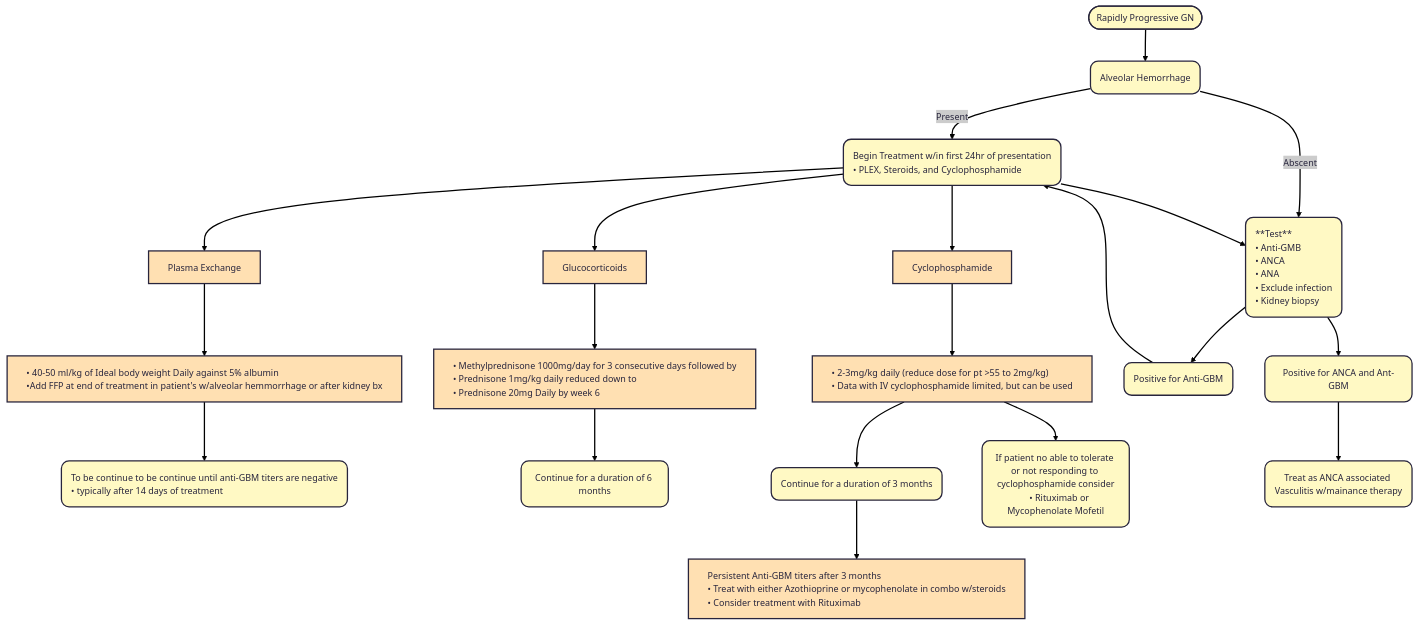
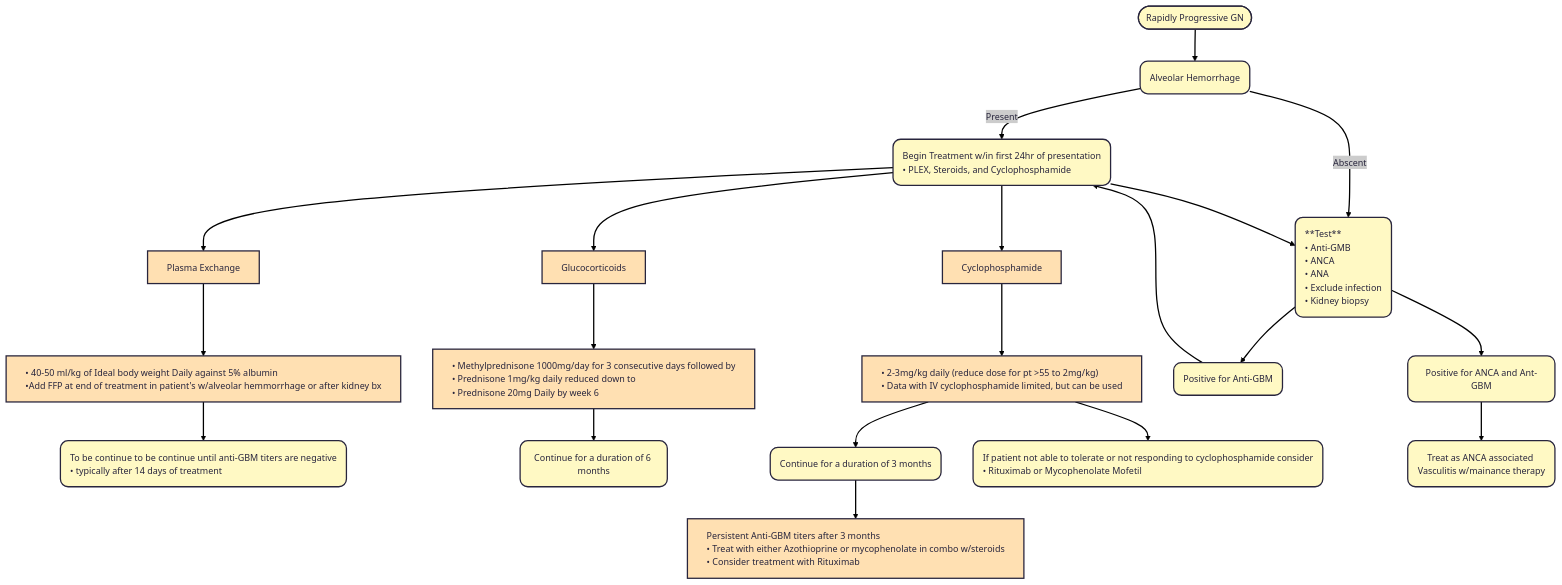
One commit to TTUNEPH2025/GN changed the diagram in docs/Anti-GBM.md. Above: the diagram before and after it, drawn with Mermaid.

````diff
--- a/docs/Anti-GBM.md
+++ b/docs/Anti-GBM.md
@@ -37,63 +37,63 @@
 ```mermaid
 ---
 config:
   theme: redux
 ---
 flowchart TD
     A(["Rapidly Progressive GN"]) --> n2["Alveolar Hemorrhage"]
     n2 -- Present --> n3["Begin Treatment w/in first 24hr of presentation
     • PLEX, Steroids, and Cyclophosphamide"]
     n2 -- Abscent --> n4["**Test**
     • Anti-GMB 
     • ANCA
     • ANA
     • Exclude infection
     • Kidney biopsy"]
     n3 --> n5["Plasma Exchange"] & n6["Glucocorticoids"] & n7["Cyclophosphamide"] & n4
     n5 --> n8@{ label: "• 40-50 ml/kg of Ideal body weight Daily against 5% albumin\n    •Add FFP at end of treatment in patient's w/alveolar hemmorrhage or after kidney bx" }
     n6 --> n9["• Methylprednisone 1000mg/day for 3 consecutive days followed by
     • Prednisone 1mg/kg daily reduced down to
     • Prednisone 20mg Daily by week 6"]
     n7 --> n10["• 2-3mg/kg daily (reduce dose for pt >55 to 2mg/kg)
     • Data with IV cyclophosphamide limited, but can be used"]
     n8 --> n11["To be continue to be continue until anti-GBM titers are negative
     • typically after 14 days of treatment"]
     n9 --> n12["Continue for a duration of 6 months"]
-    n10 --> n13["Continue for a duration of 3 months"] & n14["If patient no able to tolerate or not responding to cyclophosphamide consider
+    n10 --> n13["Continue for a duration of 3 months"] & n14["If patient not able to tolerate or not responding to cyclophosphamide consider
     • Rituximab or Mycophenolate Mofetil"]
     n13 --> n15["Persistent Anti-GBM titers after 3 months
     • Treat with either Azothioprine or mycophenolate in combo w/steroids
     • Consider treatment with Rituximab"]
     n4 --> n16["Positive for Anti-GBM"] & n17["Positive for ANCA and Ant-GBM"]
     n16 --> n3
     n17 --> n18["Treat as ANCA associated Vasculitis w/mainance therapy"]
     n2@{ shape: rounded}
     n3@{ shape: rounded}
     n4@{ shape: rounded}
     n8@{ shape: rect}
     n11@{ shape: rounded}
     n12@{ shape: rounded}
     n13@{ shape: rounded}
     n14@{ shape: rounded}
     n16@{ shape: rounded}
     n17@{ shape: rounded}
     n18@{ shape: rounded}
     style A fill:#FFF9C4
     style n2 fill:#FFF9C4
     style n3 fill:#FFF9C4,text-align:left,white-space:nowrap
     style n4 fill:#FFF9C4,text-align:left,white-space:nowrap
     style n5 fill:#FFE0B2
     style n6 fill:#FFE0B2
     style n7 fill:#FFE0B2
     style n8 fill:#FFE0B2,text-align:left,white-space:nowrap
     style n9 fill:#FFE0B2,text-align:left,white-space:nowrap
     style n10 fill:#FFE0B2,text-align:left,white-space:nowrap
     style n11 fill:#FFF9C4,text-align:left,white-space:nowrap
     style n12 fill:#FFF9C4
     style n13 fill:#FFF9C4,text-align:left,white-space:nowrap
-    style n14 fill:#FFF9C4
+    style n14 fill:#FFF9C4,text-align:left,white-space:nowrap
     style n15 fill:#FFE0B2,text-align:left,white-space:nowrap
     style n16 fill:#FFF9C4
     style n17 fill:#FFF9C4
     style n18 fill:#FFF9C4
 ```
````
